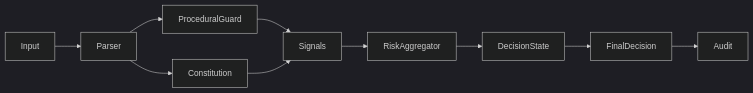
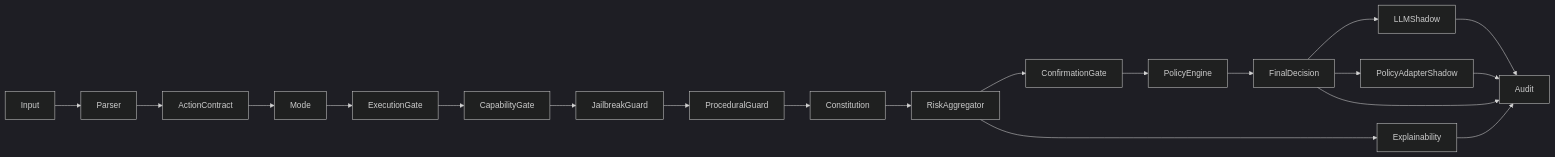
The diagram in README.md (nayfly/aetherya-core), drawn with Mermaid (dark theme) before and after one commit. The commit also changed other lines of this file and 3 other files, not shown here.

Commit message:
docs(architecture): align README pipeline flow and add reusable OpenAI shadow smoke test

````diff
--- a/README.md
+++ b/README.md
@@ -36,12 +36,24 @@
 ```mermaid
 flowchart LR
     Input --> Parser
-    Parser --> ProceduralGuard
-    Parser --> Constitution
-    ProceduralGuard --> Signals
-    Constitution --> Signals
-    Signals --> RiskAggregator
-    RiskAggregator --> DecisionState
-    DecisionState --> FinalDecision
+    Parser --> ActionContract
+    ActionContract --> Mode
+    Mode --> ExecutionGate
+    ExecutionGate --> CapabilityGate
+    CapabilityGate --> JailbreakGuard
+    JailbreakGuard --> ProceduralGuard
+    ProceduralGuard --> Constitution
+    Constitution --> RiskAggregator
+    RiskAggregator --> ConfirmationGate
+    ConfirmationGate --> PolicyEngine
+    PolicyEngine --> FinalDecision
+
+    RiskAggregator --> Explainability
+    FinalDecision --> LLMShadow
+    FinalDecision --> PolicyAdapterShadow
+
     FinalDecision --> Audit
+    Explainability --> Audit
+    LLMShadow --> Audit
+    PolicyAdapterShadow --> Audit
 ```
````
